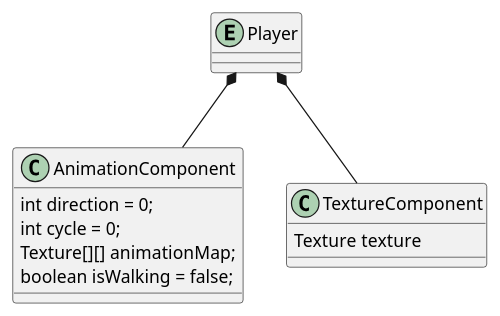
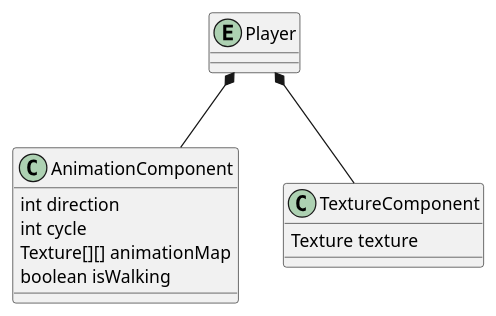
One commit to jjzsilva9/eng1 changed the diagram in project/UML/AnimationSystem.puml. Above: the diagram before and after it, drawn with PlantUML. The commit also changed 7 other files, not shown here.

Commit message:
added class diagrams and minor ECD changes

```diff
--- a/project/UML/AnimationSystem.puml
+++ b/project/UML/AnimationSystem.puml
@@ -1,24 +1,25 @@
 @startuml
 'https://plantuml.com/class-diagram
 
 
 entity Player
 
 Player *-- AnimationComponent
 Player *-- TextureComponent
 
 class TextureComponent {
 Texture texture
 }
 
 class AnimationComponent {
- int direction = 0;
- int cycle = 0;
- Texture[][] animationMap;
- boolean isWalking = false;
+ int direction
+ int cycle
+ Texture[][] animationMap
+ boolean isWalking
 }
 
 
 
 
+
 @enduml
```
